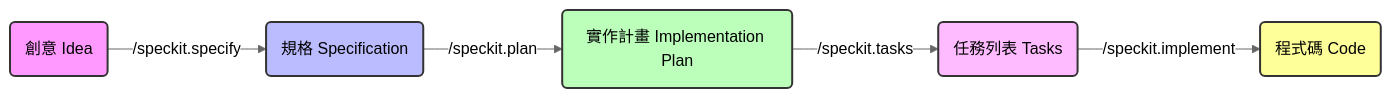
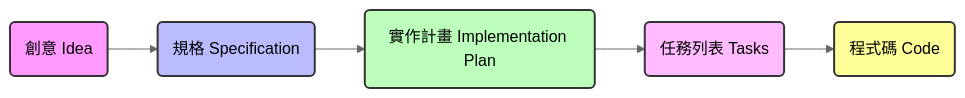
Before and after one commit to gjchentw/slide-sdd-spec-kit: the diagram in slides/01-sdd-intro.md, drawn with Mermaid (neutral theme).

Commit message:
chore: remove spec-kit commands from SDD workflow slide

```diff
--- a/slides/01-sdd-intro.md
+++ b/slides/01-sdd-intro.md
@@ -22,13 +22,13 @@
 <div class="mermaid">
 graph LR
-    Idea(創意 Idea) -->|/speckit.specify| Spec(規格 Specification)
-    Spec -->|/speckit.plan| Plan(實作計畫 Implementation Plan)
-    Plan -->|/speckit.tasks| Tasks(任務列表 Tasks)
-    Tasks -->|/speckit.implement| Code(程式碼 Code)
+    Idea(創意 Idea) --> Spec(規格 Specification)
+    Spec --> Plan(實作計畫 Implementation Plan)
+    Plan --> Tasks(任務列表 Tasks)
+    Tasks --> Code(程式碼 Code)
 
     style Idea fill:#f9f,stroke:#333,stroke-width:2px
     style Spec fill:#bbf,stroke:#333,stroke-width:2px
     style Plan fill:#bfb,stroke:#333,stroke-width:2px
     style Tasks fill:#fbf,stroke:#333,stroke-width:2px
     style Code fill:#ff9,stroke:#333,stroke-width:2px
 </div>
```
